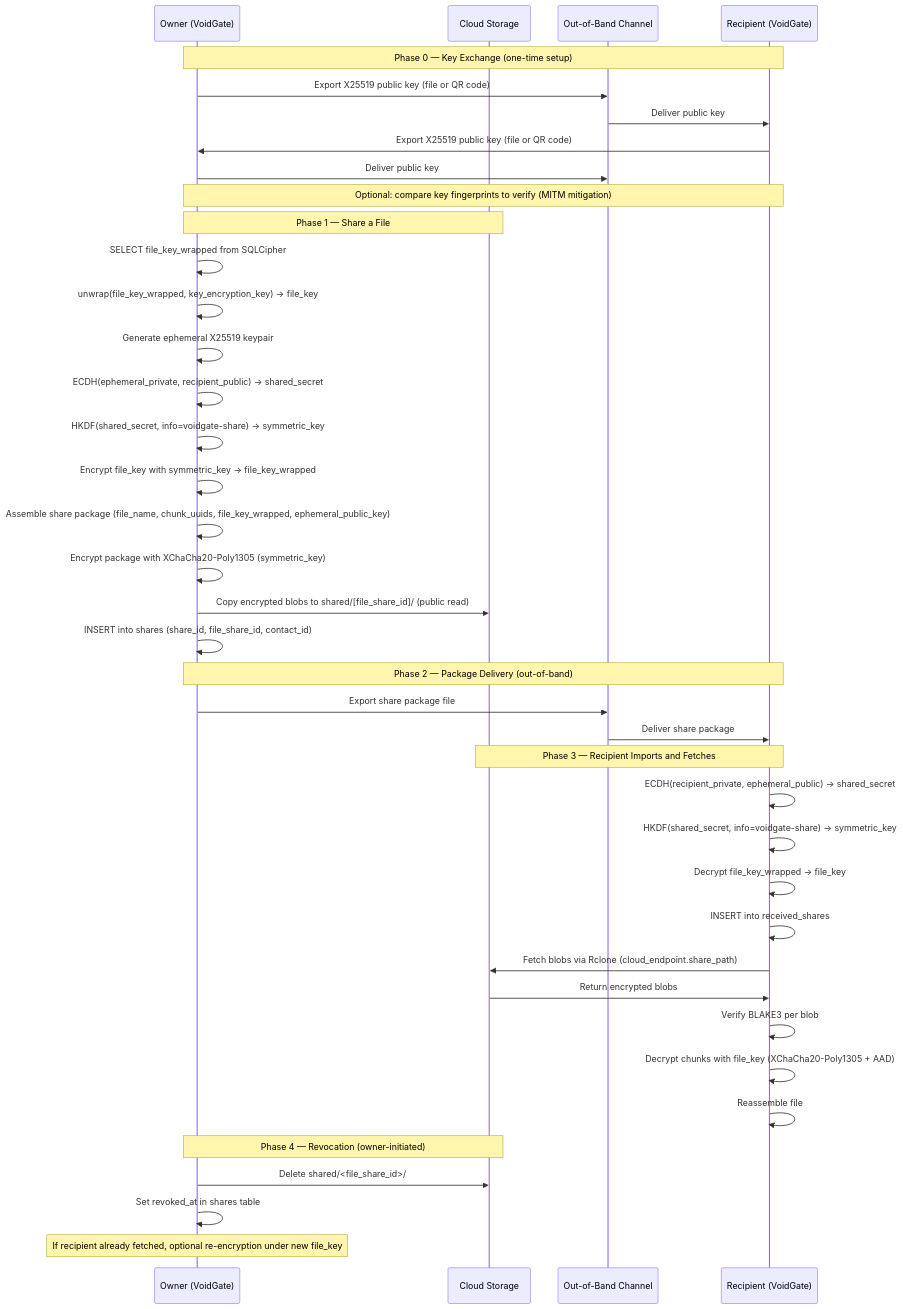
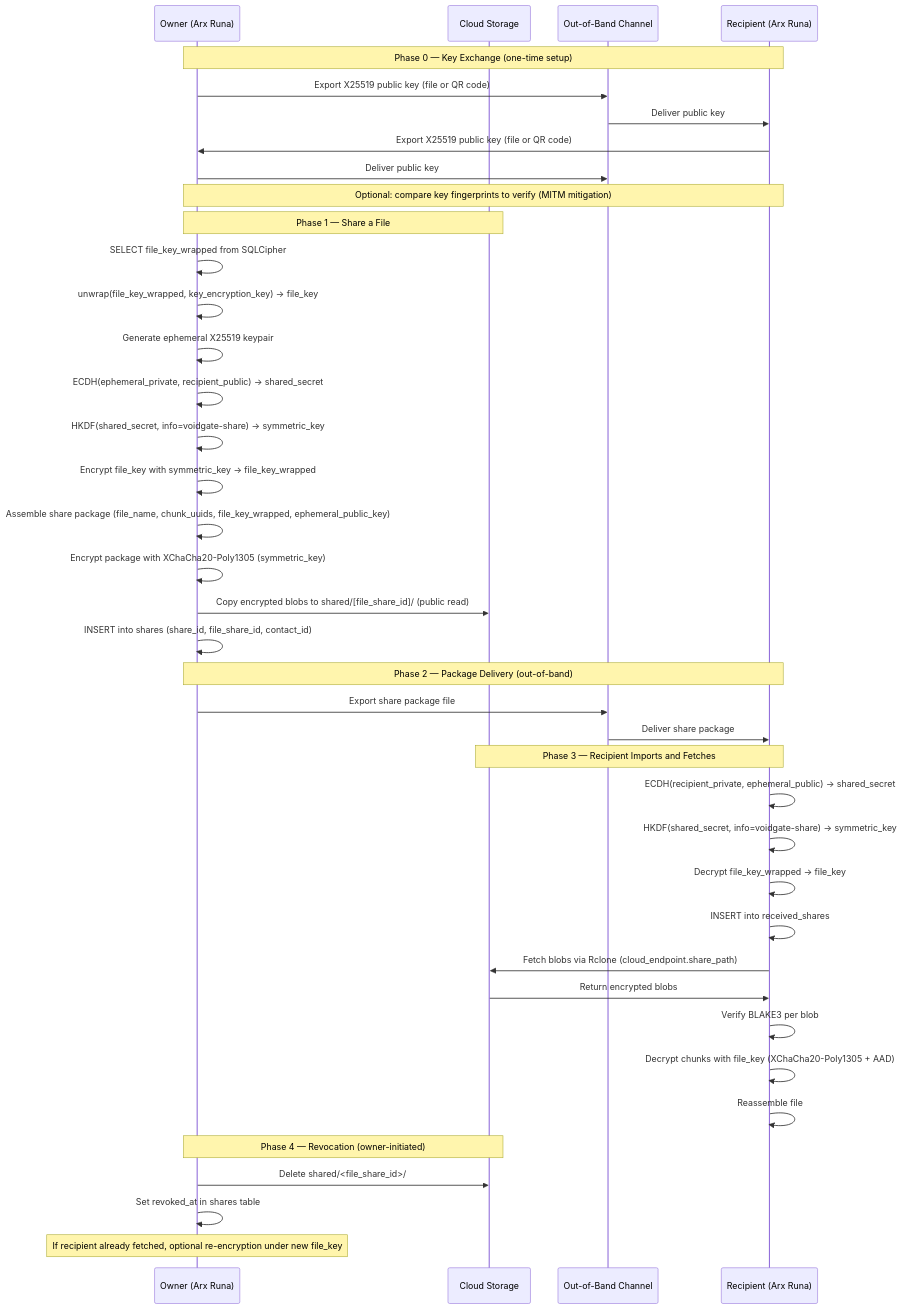
Before and after one commit to salgaard/arx-runa: the diagram in docs/architecture/designs/file-sharing/diagrams/file-sharing-flow.md, drawn with Mermaid. The commit also changed other lines of this file and 88 other files, not shown here.

````diff
--- a/docs/architecture/designs/file-sharing/diagrams/file-sharing-flow.md
+++ b/docs/architecture/designs/file-sharing/diagrams/file-sharing-flow.md
@@ -6,46 +6,46 @@
 ```mermaid
 sequenceDiagram
-    participant Owner as Owner (VoidGate)
+    participant Owner as Owner (Arx Runa)
     participant Cloud as Cloud Storage
     participant Channel as Out-of-Band Channel
-    participant Recipient as Recipient (VoidGate)
+    participant Recipient as Recipient (Arx Runa)
 
     note over Owner,Recipient: Phase 0 — Key Exchange (one-time setup)
     Owner->>Channel: Export X25519 public key (file or QR code)
     Channel->>Recipient: Deliver public key
     Recipient->>Owner: Export X25519 public key (file or QR code)
     Owner->>Channel: Deliver public key
     note over Owner,Recipient: Optional: compare key fingerprints to verify (MITM mitigation)
 
     note over Owner,Cloud: Phase 1 — Share a File
     Owner->>Owner: SELECT file_key_wrapped from SQLCipher
     Owner->>Owner: unwrap(file_key_wrapped, key_encryption_key) #45;#62; file_key
     Owner->>Owner: Generate ephemeral X25519 keypair
     Owner->>Owner: ECDH(ephemeral_private, recipient_public) #45;#62; shared_secret
     Owner->>Owner: HKDF(shared_secret, info=voidgate-share) #45;#62; symmetric_key
     Owner->>Owner: Encrypt file_key with symmetric_key #45;#62; file_key_wrapped
     Owner->>Owner: Assemble share package (file_name, chunk_uuids, file_key_wrapped, ephemeral_public_key)
     Owner->>Owner: Encrypt package with XChaCha20-Poly1305 (symmetric_key)
     Owner->>Cloud: Copy encrypted blobs to shared/[file_share_id]/ (public read)
     Owner->>Owner: INSERT into shares (share_id, file_share_id, contact_id)
 
     note over Owner,Recipient: Phase 2 — Package Delivery (out-of-band)
     Owner->>Channel: Export share package file
     Channel->>Recipient: Deliver share package
 
     note over Recipient,Cloud: Phase 3 — Recipient Imports and Fetches
     Recipient->>Recipient: ECDH(recipient_private, ephemeral_public) #45;#62; shared_secret
     Recipient->>Recipient: HKDF(shared_secret, info=voidgate-share) #45;#62; symmetric_key
     Recipient->>Recipient: Decrypt file_key_wrapped #45;#62; file_key
     Recipient->>Recipient: INSERT into received_shares
     Recipient->>Cloud: Fetch blobs via Rclone (cloud_endpoint.share_path)
     Cloud->>Recipient: Return encrypted blobs
     Recipient->>Recipient: Verify BLAKE3 per blob
     Recipient->>Recipient: Decrypt chunks with file_key (XChaCha20-Poly1305 + AAD)
     Recipient->>Recipient: Reassemble file
 
     note over Owner,Cloud: Phase 4 — Revocation (owner-initiated)
     Owner->>Cloud: Delete shared/<file_share_id>/
     Owner->>Owner: Set revoked_at in shares table
     note over Owner: If recipient already fetched, optional re-encryption under new file_key
 ```
````
